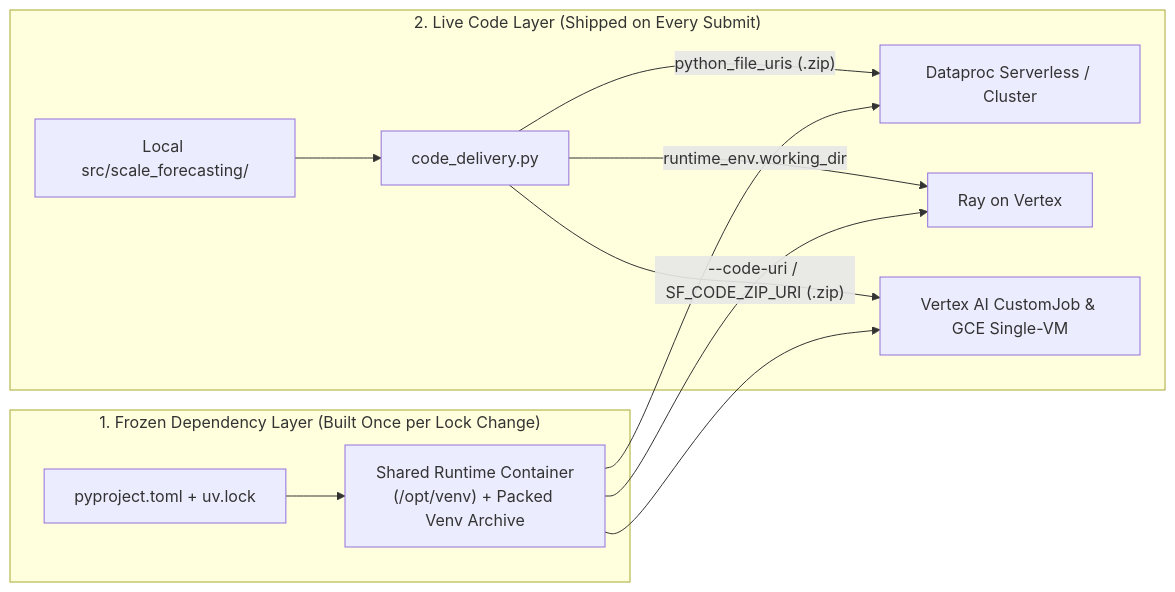
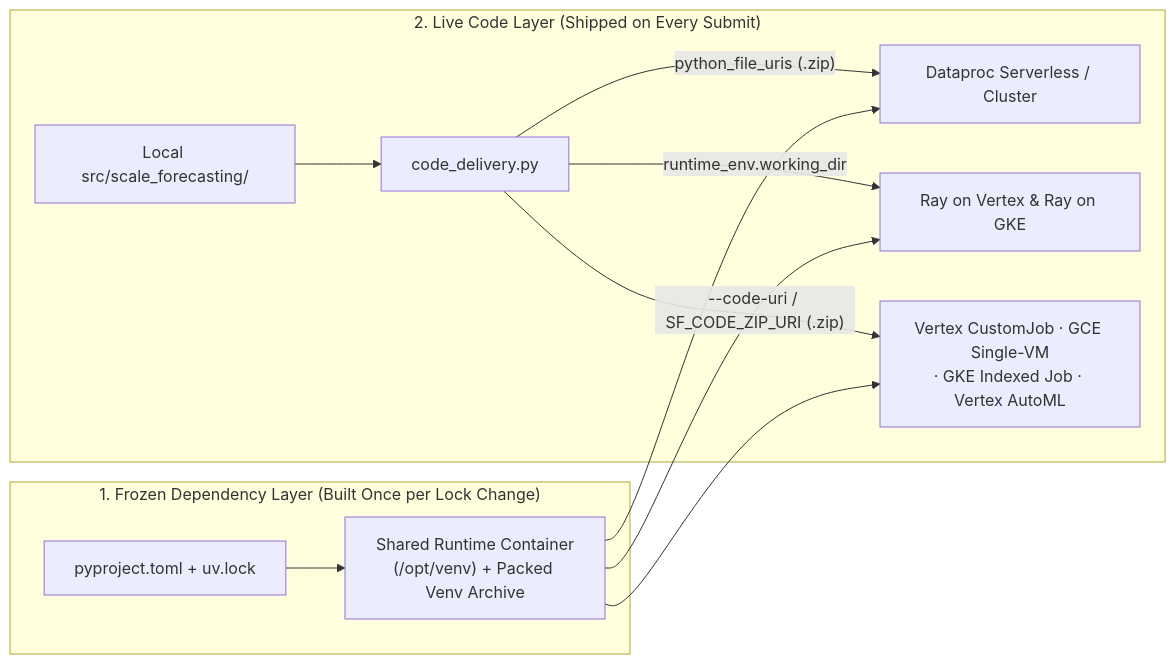
The diagram in docs/editing_code_without_rebuilding.md (statmike/scale-forecasting), drawn with Mermaid before and after one commit. The commit also changed other lines of this file and 102 other files, not shown here.

Commit message:
feat(automl,explainability): add Vertex AI AutoML & Tabular Workflows (vertex_l2l, vertex_tide, vertex_tft, vertex_seq2seq), Two-Tier Feature Attributions, and repo-wide docs

````diff
--- a/docs/editing_code_without_rebuilding.md
+++ b/docs/editing_code_without_rebuilding.md
@@ -13,13 +13,13 @@
 ```mermaid
 flowchart LR
     subgraph Frozen["1. Frozen Dependency Layer (Built Once per Lock Change)"]
-        Lock["pyproject.toml + uv.lock"] --> Img["Shared Runtime Container\n(/opt/venv) + Packed Venv Archive"]
+        Lock["pyproject.toml + uv.lock"] --> Img["Shared Runtime Container<br/>(/opt/venv) + Packed Venv Archive"]
     end
     subgraph Live["2. Live Code Layer (Shipped on Every Submit)"]
         Src["Local src/scale_forecasting/"] --> Del["code_delivery.py"]
         Del -->|"python_file_uris (.zip)"| DP["Dataproc Serverless / Cluster"]
-        Del -->|"runtime_env.working_dir"| Ray["Ray on Vertex"]
-        Del -->|"--code-uri / SF_CODE_ZIP_URI (.zip)"| Vtx["Vertex AI CustomJob & GCE Single-VM"]
+        Del -->|"runtime_env.working_dir"| Ray["Ray on Vertex & Ray on GKE"]
+        Del -->|"--code-uri / SF_CODE_ZIP_URI (.zip)"| Vtx["Vertex CustomJob · GCE Single-VM<br/>· GKE Indexed Job · Vertex AutoML"]
     end
     Img --> DP & Ray & Vtx
 ```
````
